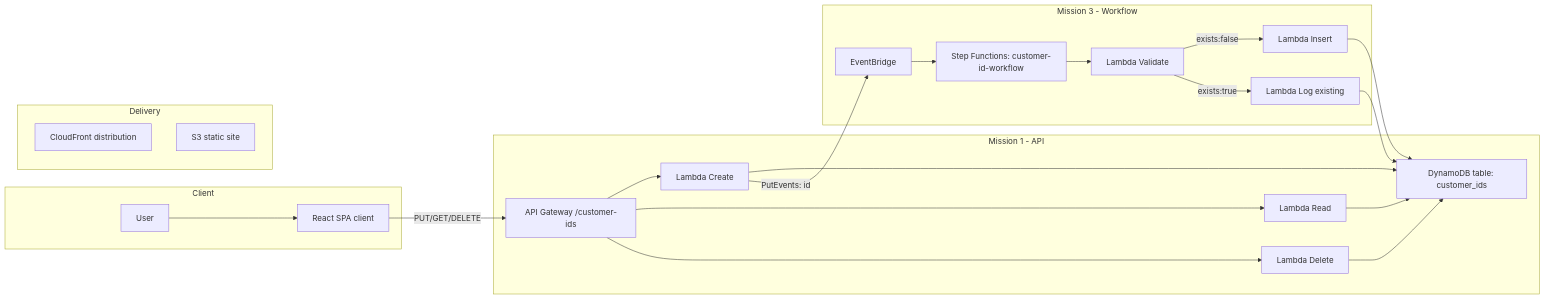
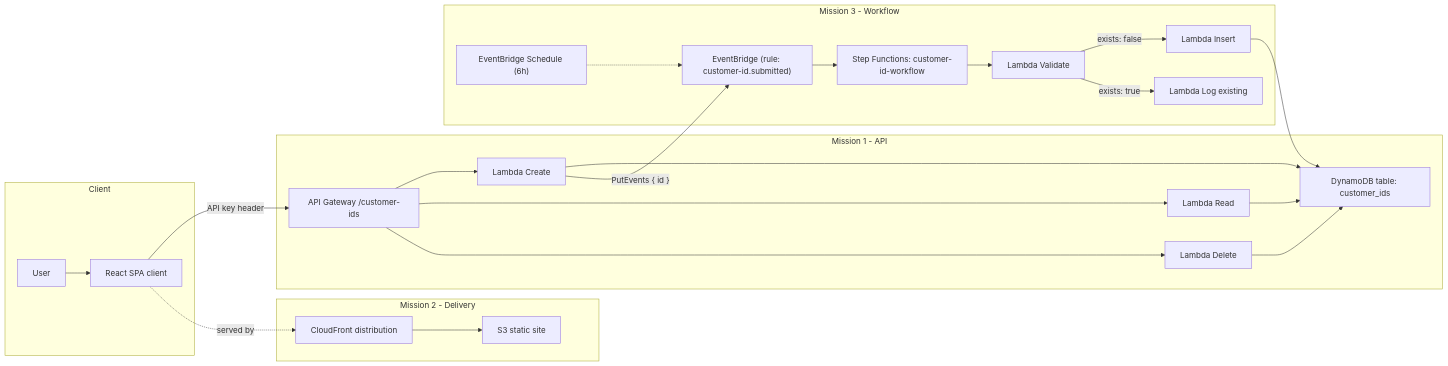
One commit to Leon-Rud/gratitude-notes-aws changed the diagram in README.md. Above: the diagram before and after it, drawn with Mermaid.

Commit message:
enhanced architecture diagram in README with clearer subgraph labels and improved connections for Delivery, Backend, and Workflow sections

````diff
--- a/README.md
+++ b/README.md
@@ -14,47 +14,49 @@
 ```mermaid
 flowchart LR
   %% --- Client ---
   subgraph Client
     User
     App["React SPA client"]
   end
 
   %% --- Delivery (Mission 2) ---
-  subgraph Delivery
+  subgraph Delivery["Mission 2 - Delivery"]
     CF["CloudFront distribution"]
     S3["S3 static site"]
+    CF --> S3
   end
 
   %% --- Backend (Mission 1) ---
   subgraph Backend["Mission 1 - API"]
     APIGW["API Gateway /customer-ids"]
     PutFn["Lambda Create"]
     GetFn["Lambda Read"]
     DelFn["Lambda Delete"]
     Dynamo["DynamoDB table: customer_ids"]
+    APIGW --> PutFn
+    APIGW --> GetFn
+    APIGW --> DelFn
+    PutFn --> Dynamo
+    GetFn --> Dynamo
+    DelFn --> Dynamo
   end
 
   %% --- Workflow (Mission 3) ---
   subgraph Workflow["Mission 3 - Workflow"]
-    EB["EventBridge"]
+    EB["EventBridge (rule: customer-id.submitted)"]
     SFN["Step Functions: customer-id-workflow"]
     Val["Lambda Validate"]
     Ins["Lambda Insert"]
     Log["Lambda Log existing"]
+    EB --> SFN --> Val
+    Val -- "exists: false" --> Ins --> Dynamo
+    Val -- "exists: true" --> Log
+    Sched["EventBridge Schedule (6h)"] -.-> EB
   end
 
-  %% Connections
+  %% Connections between areas
   User --> App
-  App -->|PUT/GET/DELETE| APIGW
-  APIGW --> PutFn
-  APIGW --> GetFn
-  APIGW --> DelFn
-  PutFn --> Dynamo
-  GetFn --> Dynamo
-  DelFn --> Dynamo
-  PutFn -->|"PutEvents: id"| EB
-  EB --> SFN
-  SFN --> Val
-  Val -- exists:false --> Ins --> Dynamo
-  Val -- exists:true --> Log --> Dynamo
+  App -- "API key header" --> APIGW
+  App -. "served by" .-> CF
+  PutFn -- "PutEvents { id }" --> EB
 ```
````
